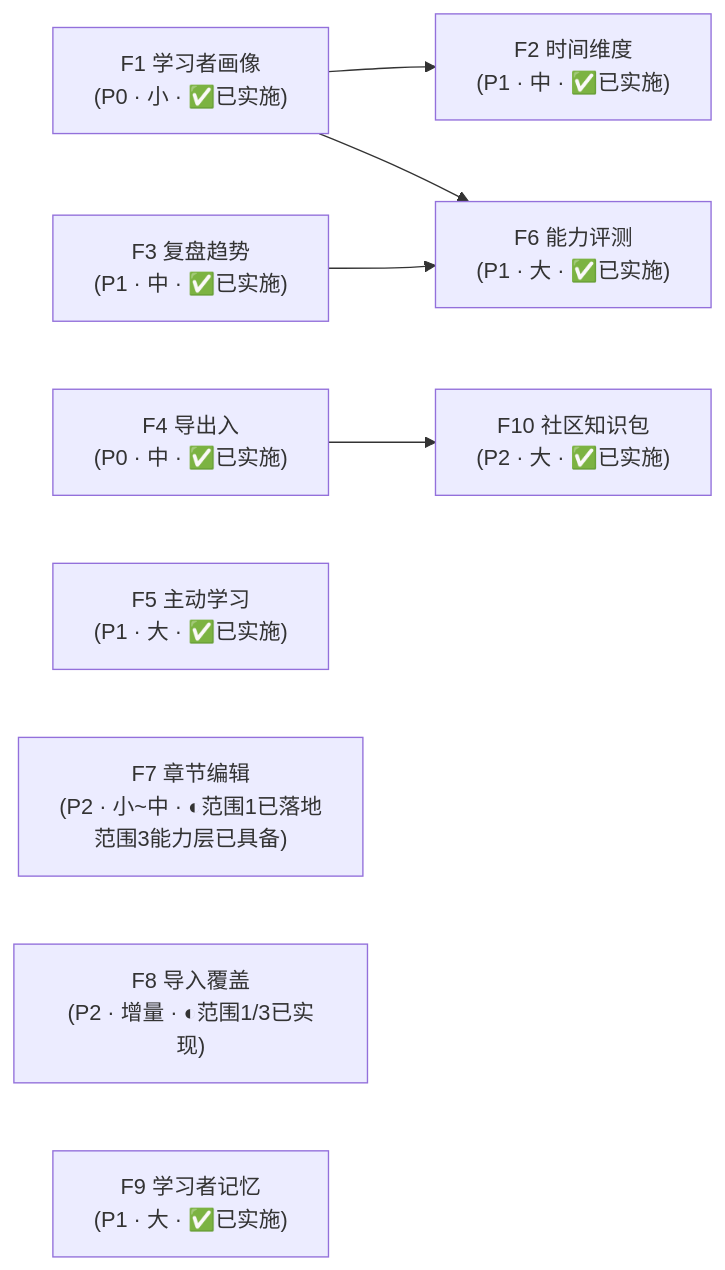
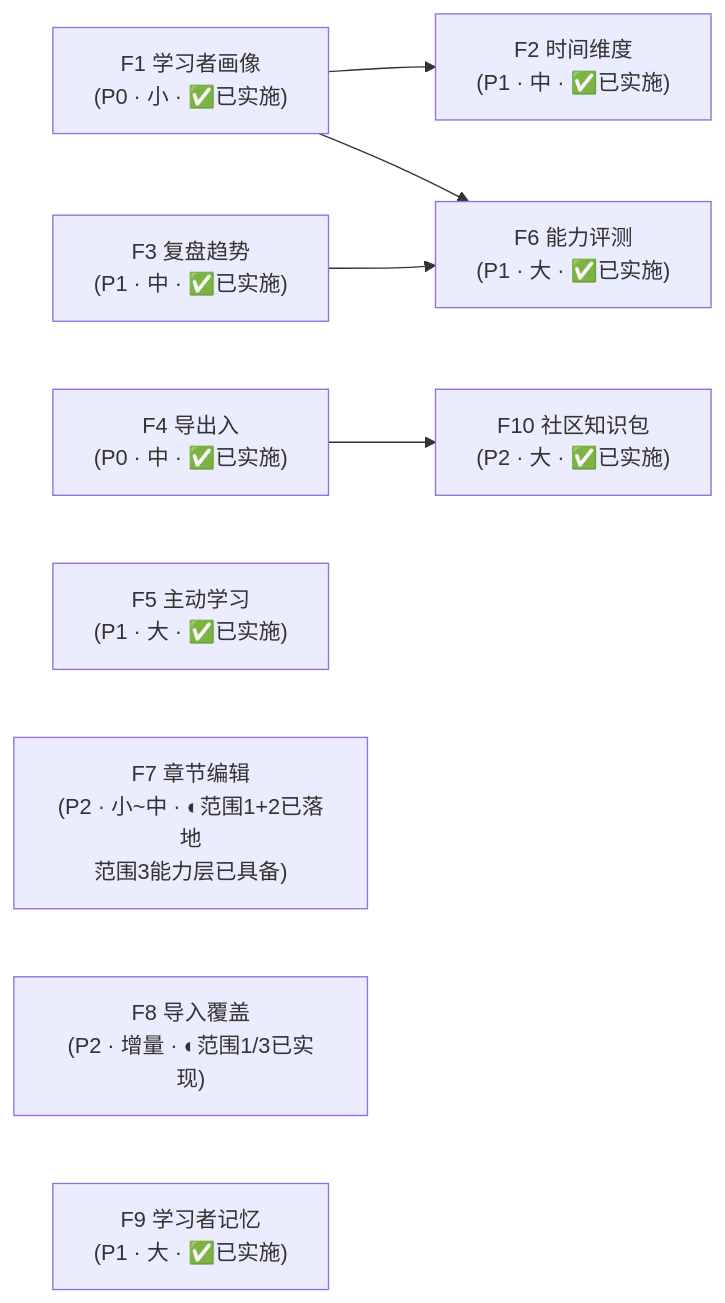
Before and after one commit to JackXuyi/Personal-Learning-OS: the diagram in docs/roadmap-next-features-plan-2026-09.md, drawn with Mermaid. The commit also changed other lines of this file and 5 other files, not shown here.

````diff
--- a/docs/roadmap-next-features-plan-2026-09.md
+++ b/docs/roadmap-next-features-plan-2026-09.md
@@ -508,24 +512,24 @@
 ```mermaid
 flowchart LR
     F1["F1 学习者画像<br/>(P0 · 小 · ✅已实施)"]
     F4["F4 导出入<br/>(P0 · 中 · ✅已实施)"]
     F3["F3 复盘趋势<br/>(P1 · 中 · ✅已实施)"]
     F2["F2 时间维度<br/>(P1 · 中 · ✅已实施)"]
     F5["F5 主动学习<br/>(P1 · 大 · ✅已实施)"]
     F6["F6 能力评测<br/>(P1 · 大 · ✅已实施)"]
-    F7["F7 章节编辑<br/>(P2 · 小~中 · ◐范围1已落地<br/>范围3能力层已具备)"]
+    F7["F7 章节编辑<br/>(P2 · 小~中 · ◐范围1+2已落地<br/>范围3能力层已具备)"]
     F8["F8 导入覆盖<br/>(P2 · 增量 · ◐范围1/3已实现)"]
     F9["F9 学习者记忆<br/>(P1 · 大 · ✅已实施)"]
     F10["F10 社区知识包<br/>(P2 · 大 · ✅已实施)"]
 
     F1 --> F2
     F1 --> F6
     F3 --> F6
     F4 --> F10
     F4
     F5
     F7
     F8
     F9
     F10
 ```
````
